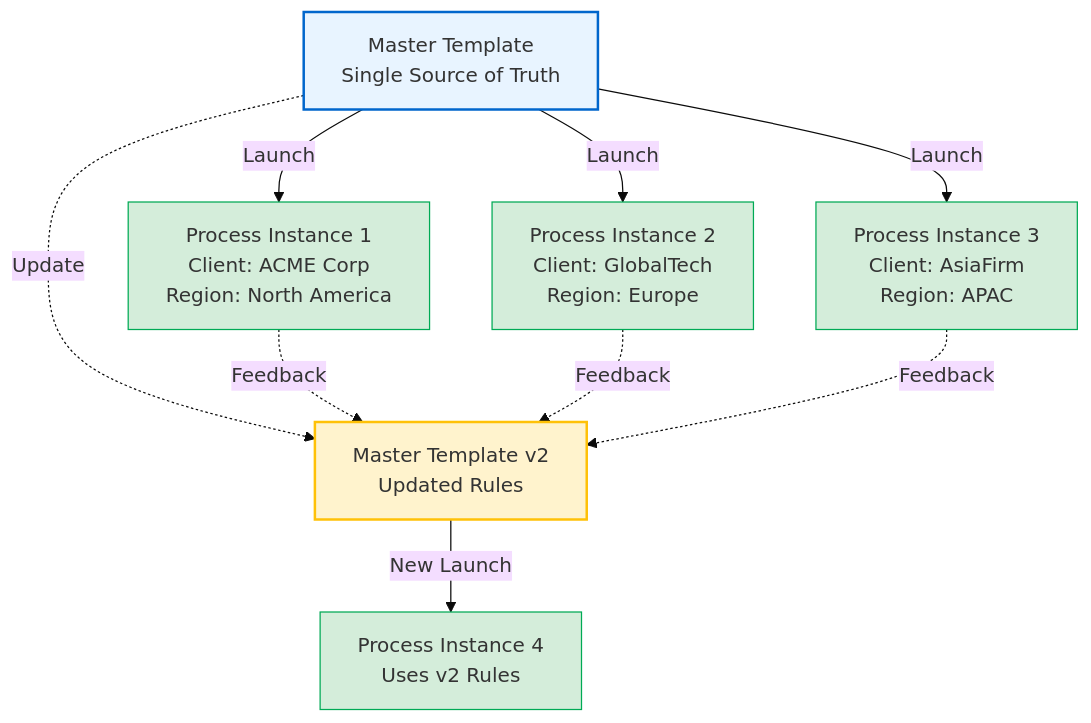
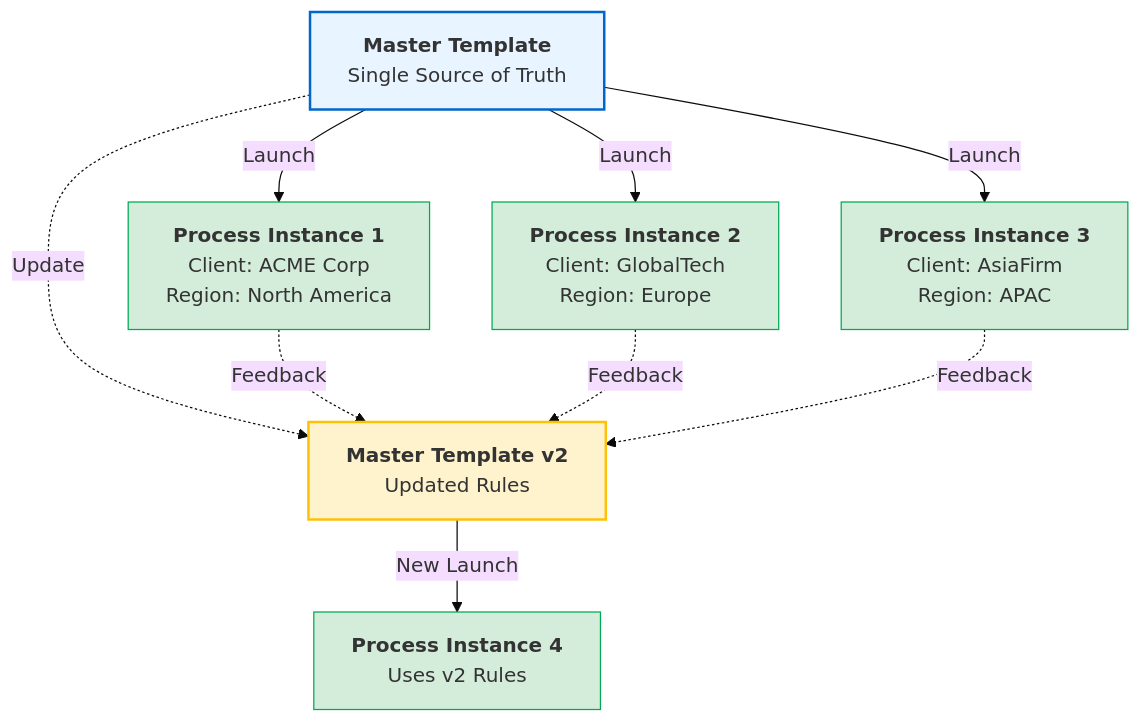
Before and after one commit to tallyfy/documentation: the diagram in src/content/docs/pro/documenting/templates/master-templates-vs-processes.mdx, drawn with Mermaid (base theme). The commit also changed 22 other files, not shown here.

Commit message:
Adding changes to Mermaid

````diff
--- a/src/content/docs/pro/documenting/templates/master-templates-vs-processes.mdx
+++ b/src/content/docs/pro/documenting/templates/master-templates-vs-processes.mdx
@@ -23,29 +23,38 @@
 ```mermaid
 graph TD
-    MT[Master Template<br/>Single Source of Truth]
+    MT["`**Master Template**
+Single Source of Truth`"]
     
-    MT -->|Launch| P1[Process Instance 1<br/>Client: ACME Corp<br/>Region: North America]
-    MT -->|Launch| P2[Process Instance 2<br/>Client: GlobalTech<br/>Region: Europe]
-    MT -->|Launch| P3[Process Instance 3<br/>Client: AsiaFirm<br/>Region: APAC]
+    MT -->|"`Launch`"| P1["`**Process Instance 1**
+Client: ACME Corp
+Region: North America`"]
+    MT -->|"`Launch`"| P2["`**Process Instance 2**
+Client: GlobalTech
+Region: Europe`"]
+    MT -->|"`Launch`"| P3["`**Process Instance 3**
+Client: AsiaFirm
+Region: APAC`"]
     
-    MT2[Master Template v2<br/>Updated Rules]
+    MT2["`**Master Template v2**
+Updated Rules`"]
     MT -.->|Update| MT2
     
-    MT2 -->|New Launch| P4[Process Instance 4<br/>Uses v2 Rules]
+    MT2 -->|"`New Launch`"| P4["`**Process Instance 4**
+Uses v2 Rules`"]
     
     P1 -.->|Feedback| MT2
     P2 -.->|Feedback| MT2
     P3 -.->|Feedback| MT2
     
     classDef template fill:#E8F4FF,stroke:#0066CC,stroke-width:2px
     classDef process fill:#D4EDDA,stroke:#00AA55
     classDef updated fill:#FFF3CD,stroke:#FFC107
     
     class MT,MT2 template
     class P1,P2,P3,P4 process
     class MT2 updated
     
     %% Add hyperlinks to related docs
     click MT "/products/pro/documenting/templates/" "Learn about templates"
     click P1 "/products/pro/tracking-and-tasks/processes/" "Learn about processes"
 ```
````
